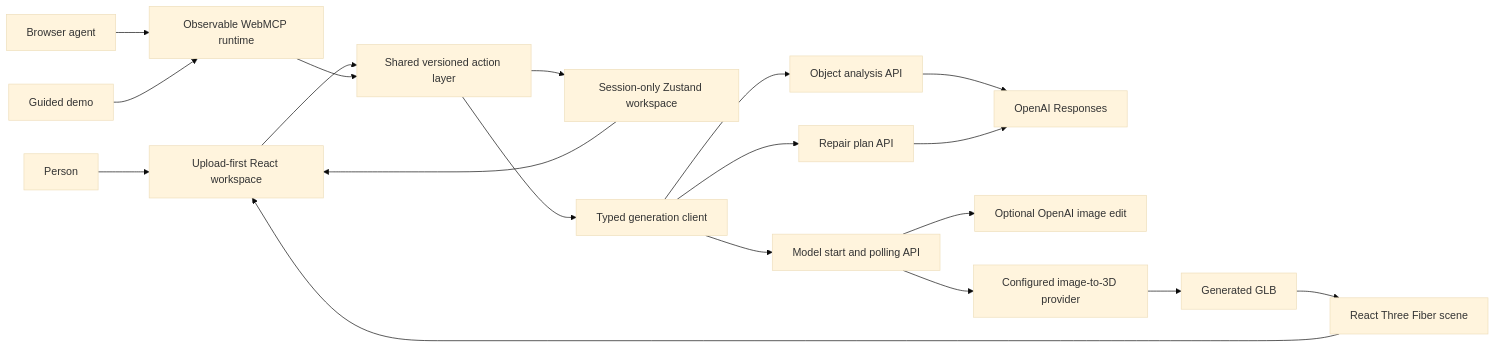
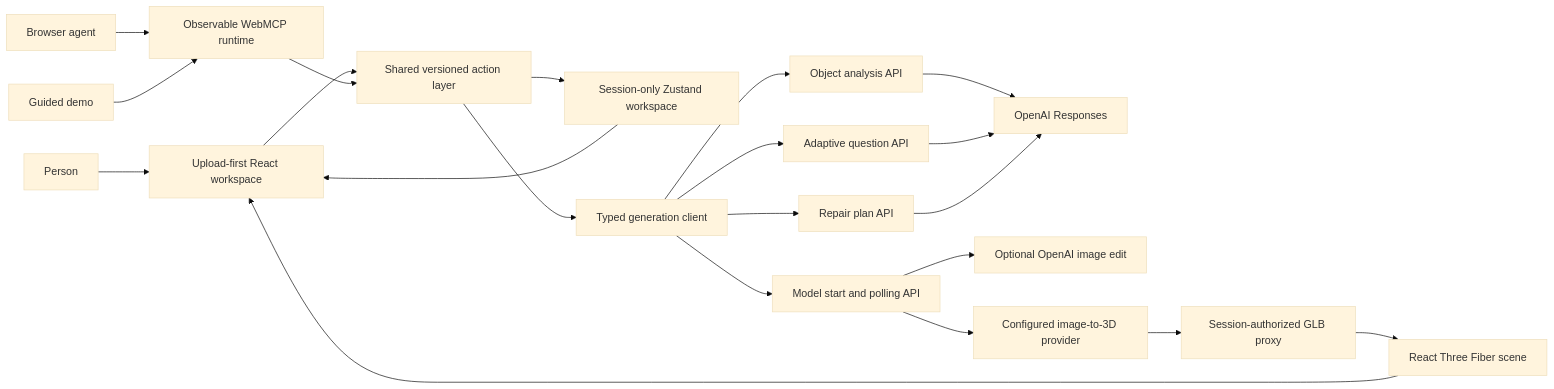
The first of 2 diagrams in README.md (appdever01/repair-webmcp), drawn with Mermaid (base theme) before and after one commit. The commit also changed other lines of this file and 39 other files, not shown here.

````diff
--- a/README.md
+++ b/README.md
@@ -25,21 +270,23 @@
 ```mermaid
 flowchart LR
   Person[Person] --> UI[Upload-first React workspace]
   Agent[Browser agent] --> Runtime[Observable WebMCP runtime]
   Demo[Guided demo] --> Runtime
   UI --> Actions[Shared versioned action layer]
   Runtime --> Actions
   Actions --> Store[Session-only Zustand workspace]
   Store --> UI
   Actions --> Client[Typed generation client]
   Client --> Analyze[Object analysis API]
+  Client --> Question[Adaptive question API]
   Client --> Model[Model start and polling API]
   Client --> Plan[Repair plan API]
   Analyze --> OpenAI[OpenAI Responses]
+  Question --> OpenAI
   Model --> ImageEdit[Optional OpenAI image edit]
   Model --> Provider[Configured image-to-3D provider]
   Plan --> OpenAI
-  Provider --> GLB[Generated GLB]
-  GLB --> Scene[React Three Fiber scene]
+  Provider --> Asset[Session-authorized GLB proxy]
+  Asset --> Scene[React Three Fiber scene]
   Scene --> UI
 ```
````
